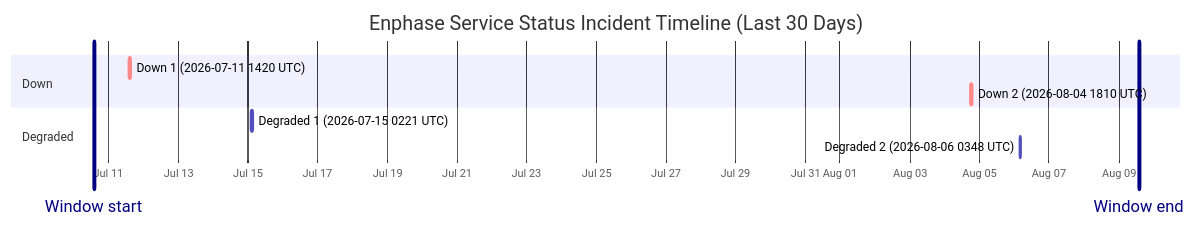
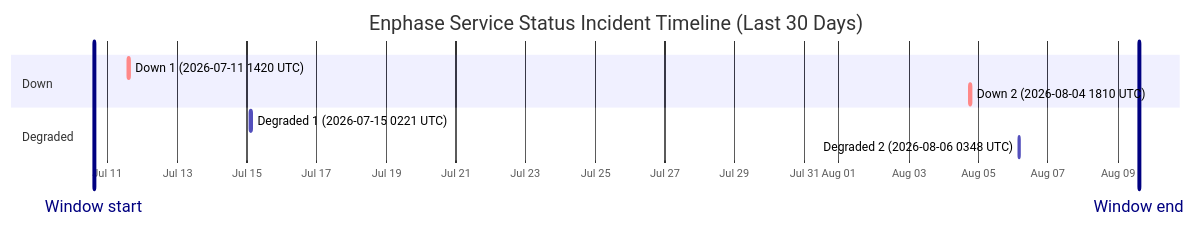
The diagram in wiki/Service-Status-History.md (barneyonline/ha-enphase-energy), drawn with Mermaid before and after one commit. The commit also changed other lines of this file and 3 other files, not shown here.

````diff
--- a/wiki/Service-Status-History.md
+++ b/wiki/Service-Status-History.md
@@ -14,14 +14,14 @@
 ```mermaid
 gantt
     title Enphase Service Status Incident Timeline (Last 30 Days)
     dateFormat  YYYY-MM-DDTHH:mm:ss
     axisFormat  %b %d
-    Window start :vert, window-start, 2026-07-10T13:47:52, 0ms
-    Window end :vert, window-end, 2026-08-09T13:47:52, 0ms
+    Window start :vert, window-start, 2026-07-10T14:32:07, 0ms
+    Window end :vert, window-end, 2026-08-09T14:32:07, 0ms
     section Down
     Down 1 (2026-07-11 1420 UTC) :crit, down-1, 2026-07-11T14:20:54, 69m
     Down 2 (2026-08-04 1810 UTC) :crit, down-2, 2026-08-04T18:10:46, 60m
     section Degraded
     Degraded 1 (2026-07-15 0221 UTC) :active, degraded-1, 2026-07-15T02:21:35, 60m
     Degraded 2 (2026-08-06 0348 UTC) :active, degraded-2, 2026-08-06T03:48:14, 60m
 ```
````
